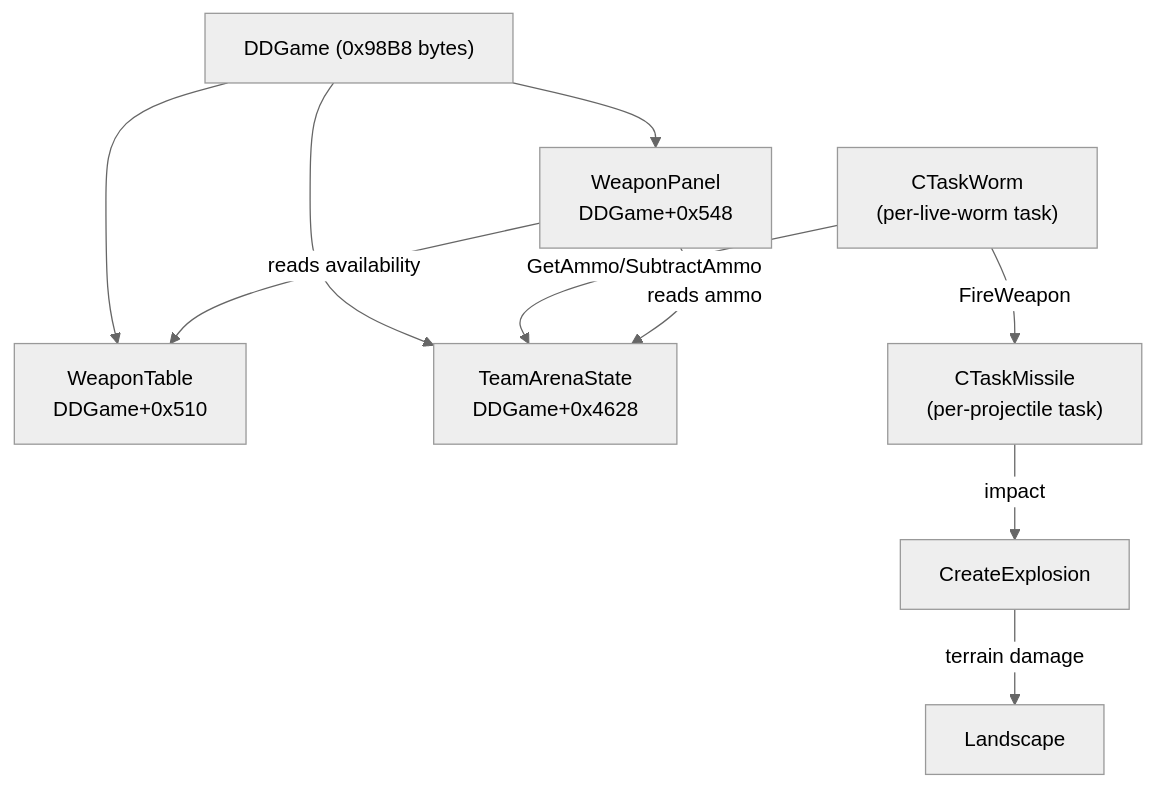
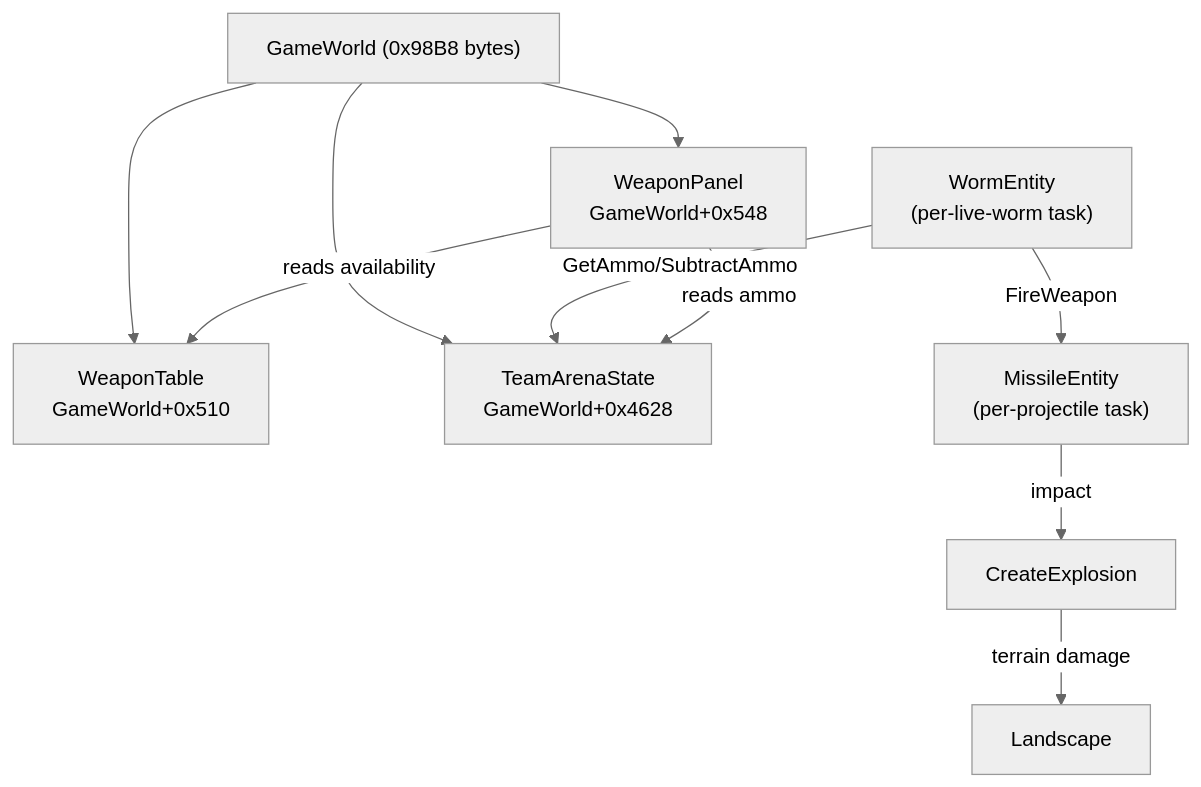
Before and after one commit to paavohuhtala/OpenWA: the first of 2 diagrams in docs/re-notes/weapon-system.md, drawn with Mermaid (neutral theme). The commit also changed other lines of this file and 119 other files, not shown here.

````diff
--- a/docs/re-notes/weapon-system.md
+++ b/docs/re-notes/weapon-system.md
@@ -11,21 +11,21 @@
 ```mermaid
 graph TD
-    DDGame["DDGame (0x98B8 bytes)"]
-    WT["WeaponTable<br/>DDGame+0x510"]
-    TAS["TeamArenaState<br/>DDGame+0x4628"]
-    WP["WeaponPanel<br/>DDGame+0x548"]
-    CTW["CTaskWorm<br/>(per-live-worm task)"]
-    CTM["CTaskMissile<br/>(per-projectile task)"]
+    GameWorld["GameWorld (0x98B8 bytes)"]
+    WT["WeaponTable<br/>GameWorld+0x510"]
+    TAS["TeamArenaState<br/>GameWorld+0x4628"]
+    WP["WeaponPanel<br/>GameWorld+0x548"]
+    CTW["WormEntity<br/>(per-live-worm task)"]
+    CTM["MissileEntity<br/>(per-projectile task)"]
     EXP["CreateExplosion"]
     LAND["Landscape"]
 
-    DDGame --> WT
-    DDGame --> TAS
-    DDGame --> WP
+    GameWorld --> WT
+    GameWorld --> TAS
+    GameWorld --> WP
     CTW -->|"FireWeapon"| CTM
     CTW -->|"GetAmmo/SubtractAmmo"| TAS
     CTM -->|"impact"| EXP
     EXP -->|"terrain damage"| LAND
     WP -->|"reads availability"| WT
     WP -->|"reads ammo"| TAS
 ```
````
